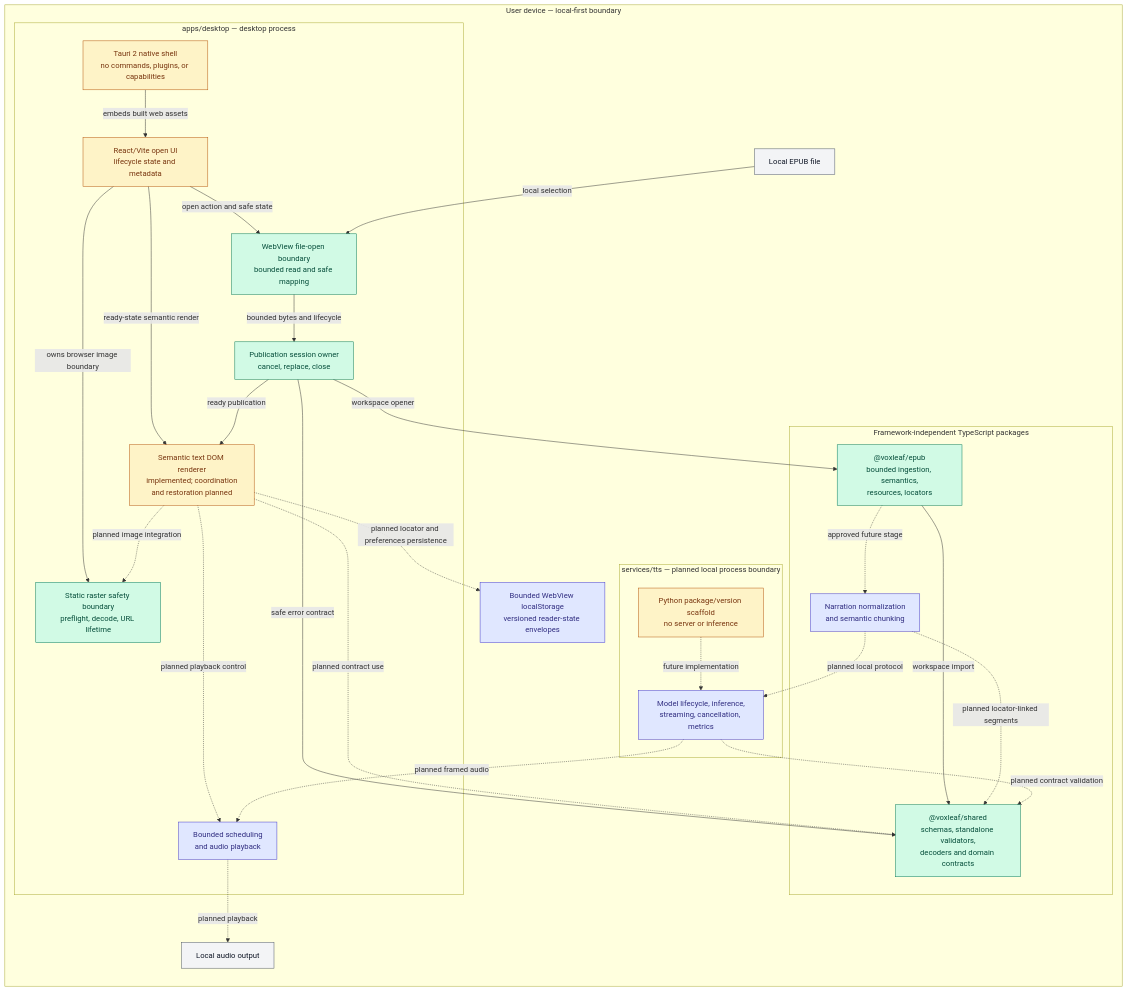
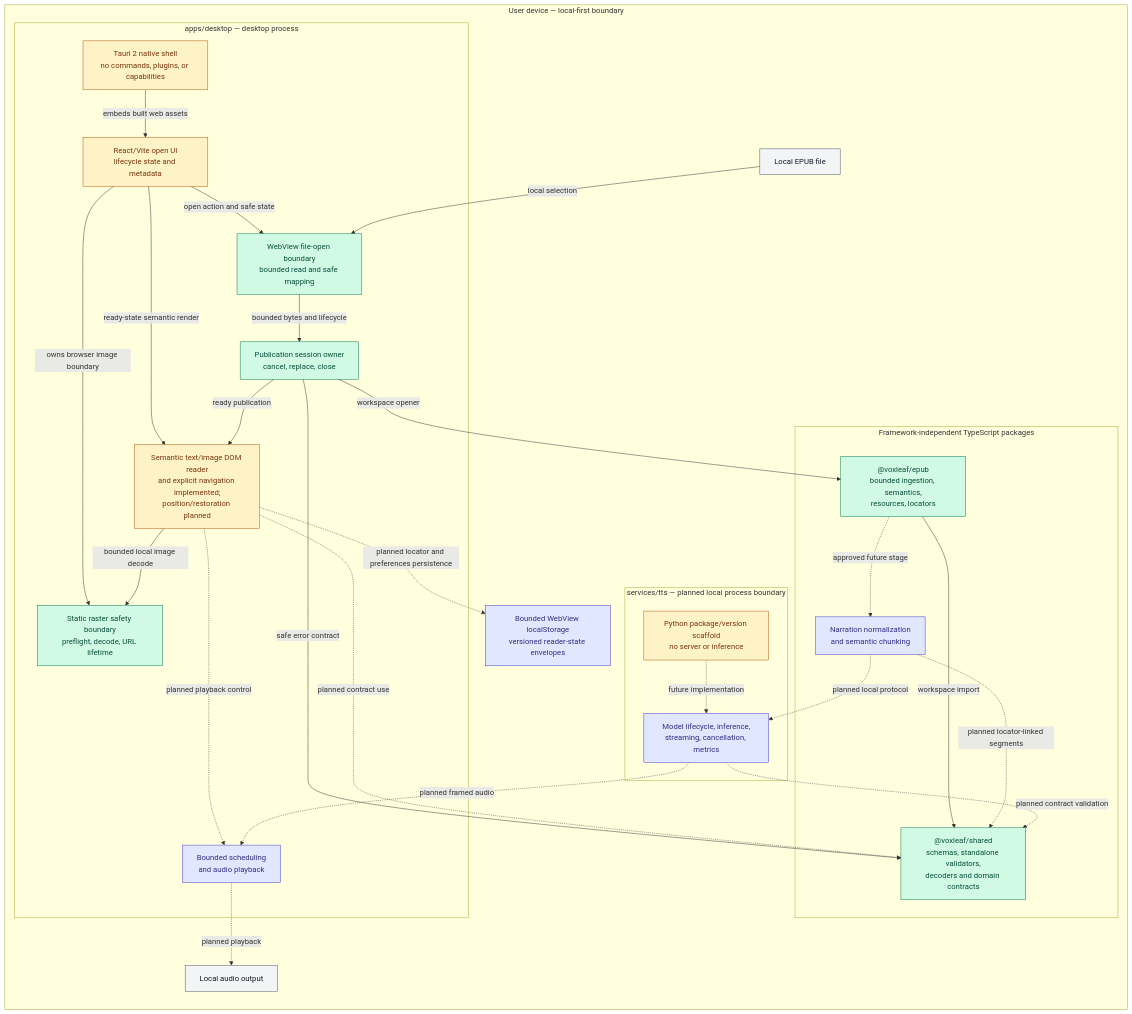
Before and after one commit to mmjosedaniel/voxleaf: the first of 2 diagrams in docs/architecture/system-diagram.md, drawn with Mermaid. The commit also changed other lines of this file and 16 other files, not shown here.

Commit message:
Render bounded local raster images (#58)

````diff
--- a/docs/architecture/system-diagram.md
+++ b/docs/architecture/system-diagram.md
@@ -24,56 +24,56 @@
 ```mermaid
 flowchart LR
   classDef implemented fill:#d1fae5,stroke:#047857,color:#064e3b
   classDef partial fill:#fef3c7,stroke:#b45309,color:#78350f
   classDef planned fill:#e0e7ff,stroke:#4338ca,color:#312e81
   classDef external fill:#f3f4f6,stroke:#4b5563,color:#111827
 
   subgraph device["User device — local-first boundary"]
     epubFile["Local EPUB file"]:::external
     audioDevice["Local audio output"]:::external
     readingStore["Bounded WebView localStorage<br/>versioned reader-state envelopes"]:::planned
 
     subgraph desktop["apps/desktop — desktop process"]
       nativeShell["Tauri 2 native shell<br/>no commands, plugins, or capabilities"]:::partial
       webShell["React/Vite open UI<br/>lifecycle state and metadata"]:::partial
       fileBoundary["WebView file-open boundary<br/>bounded read and safe mapping"]:::implemented
       rasterBoundary["Static raster safety boundary<br/>preflight, decode, URL lifetime"]:::implemented
       publicationSession["Publication session owner<br/>cancel, replace, close"]:::implemented
-      reader["Semantic text DOM renderer<br/>implemented; coordination<br/>and restoration planned"]:::partial
+      reader["Semantic text/image DOM reader<br/>and explicit navigation implemented;<br/>position/restoration planned"]:::partial
       player["Bounded scheduling<br/>and audio playback"]:::planned
       nativeShell -->|embeds built web assets| webShell
       webShell -->|open action and safe state| fileBoundary
       webShell -->|owns browser image boundary| rasterBoundary
       webShell -->|ready-state semantic render| reader
       fileBoundary -->|bounded bytes and lifecycle| publicationSession
       publicationSession -->|ready publication| reader
-      reader -. planned image integration .-> rasterBoundary
+      reader -->|bounded local image decode| rasterBoundary
       reader -. planned playback control .-> player
     end
 
     subgraph libraries["Framework-independent TypeScript packages"]
       shared["@voxleaf/shared<br/>schemas, standalone validators,<br/>decoders and domain contracts"]:::implemented
       epub["@voxleaf/epub<br/>bounded ingestion, semantics,<br/>resources, locators"]:::implemented
       narration["Narration normalization<br/>and semantic chunking"]:::planned
       epub -->|workspace import| shared
       epub -. approved future stage .-> narration
     end
 
     subgraph tts["services/tts — planned local process boundary"]
       ttsFoundation["Python package/version scaffold<br/>no server or inference"]:::partial
       ttsRuntime["Model lifecycle, inference,<br/>streaming, cancellation, metrics"]:::planned
       ttsFoundation -. future implementation .-> ttsRuntime
     end
   end
 
   epubFile -->|local selection| fileBoundary
   publicationSession -->|workspace opener| epub
   publicationSession -->|safe error contract| shared
   reader -. planned contract use .-> shared
   reader -. planned locator and preferences persistence .-> readingStore
   narration -. planned locator-linked segments .-> shared
   narration -. planned local protocol .-> ttsRuntime
   ttsRuntime -. planned contract validation .-> shared
   ttsRuntime -. planned framed audio .-> player
   player -. planned playback .-> audioDevice
 ```
````
